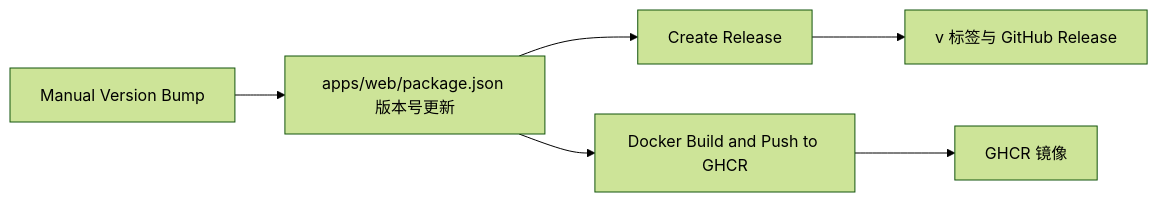
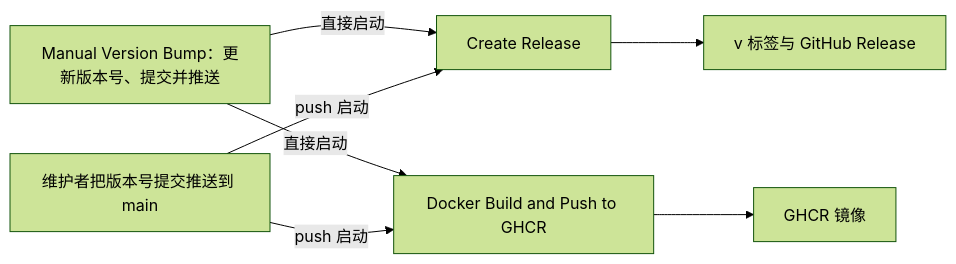
One commit to Alice39s/kuma-mieru changed the diagram in apps/docs/content/docs/guides/versioning.mdx. Above: the diagram before and after it, drawn with Mermaid (forest theme). The commit also changed other lines of this file and 15 other files, not shown here.

````diff
--- a/apps/docs/content/docs/guides/versioning.mdx
+++ b/apps/docs/content/docs/guides/versioning.mdx
@@ -39,8 +42,9 @@
 ```mermaid
 flowchart LR
-  A[Manual Version Bump] --> B[apps/web/package.json 版本号更新]
-  B --> C[Create Release]
-  B --> D[Docker Build and Push to GHCR]
-  C --> E[v 标签与 GitHub Release]
-  D --> F[GHCR 镜像]
+  A["Manual Version Bump：更新版本号、提交并推送"] -->|直接启动| C["Create Release"]
+  A -->|直接启动| D["Docker Build and Push to GHCR"]
+  M["维护者把版本号提交推送到 main"] -->|push 启动| C
+  M -->|push 启动| D
+  C --> E["v 标签与 GitHub Release"]
+  D --> F["GHCR 镜像"]
 ```
````
